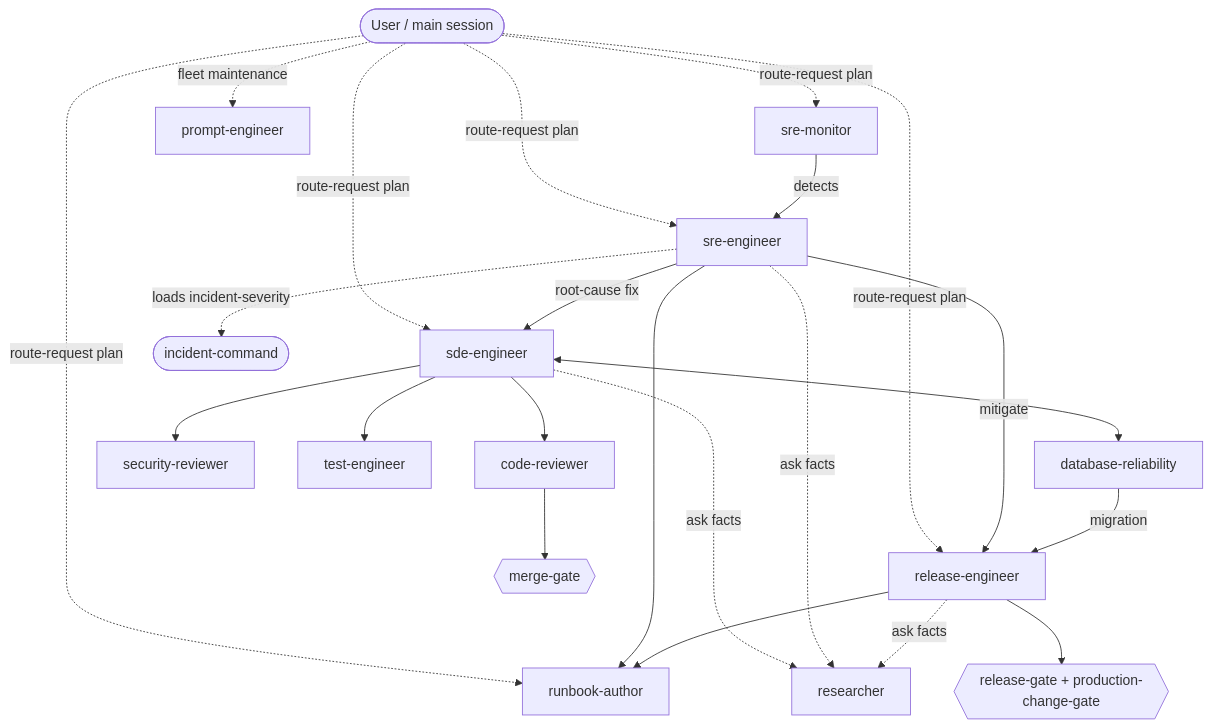
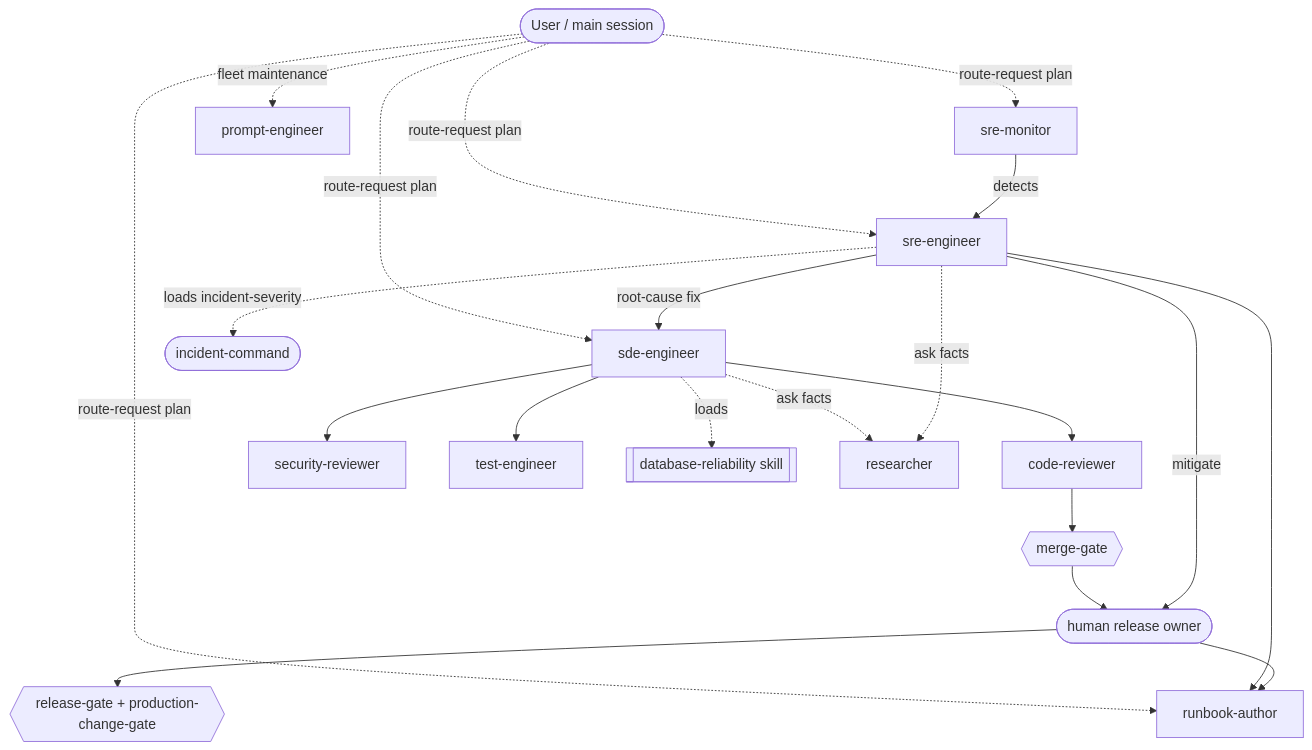
One commit to latent-sre/sre-agents changed the diagram in docs/ARCHITECTURE.md. Above: the diagram before and after it, drawn with Mermaid. The commit also changed other lines of this file and 86 other files, not shown here.

````diff
--- a/docs/ARCHITECTURE.md
+++ b/docs/ARCHITECTURE.md
@@ -100,22 +91,22 @@
 ```mermaid
 flowchart TD
-  U([User / main session]) -. route-request plan .-> SDE & SRE & REL & MON & RB
+  U([User / main session]) -. route-request plan .-> SDE & SRE & MON & RB
 
   SDE[sde-engineer] --> CR[code-reviewer]
   SDE --> SEC[security-reviewer]
   SDE --> TE[test-engineer]
-  SDE <--> DB[database-reliability]
+  SDE -. loads .-> DBS[[database-reliability skill]]
   CR --> MG{{merge-gate}}
+  MG --> REL([human release owner])
 
   MON[sre-monitor] -- detects --> SRE[sre-engineer]
   SRE -. loads incident-severity .-> ICMD([incident-command])
-  SRE -- mitigate --> REL[release-engineer]
+  SRE -- mitigate --> REL
   SRE -- root-cause fix --> SDE
-  DB -- migration --> REL
   REL --> RG{{release-gate + production-change-gate}}
 
   SRE --> RB[runbook-author]
   REL --> RB
-  SDE & SRE & REL -. ask facts .-> RES[researcher]
+  SDE & SRE -. ask facts .-> RES[researcher]
   U -. fleet maintenance .-> PE[prompt-engineer]
 ```
````
